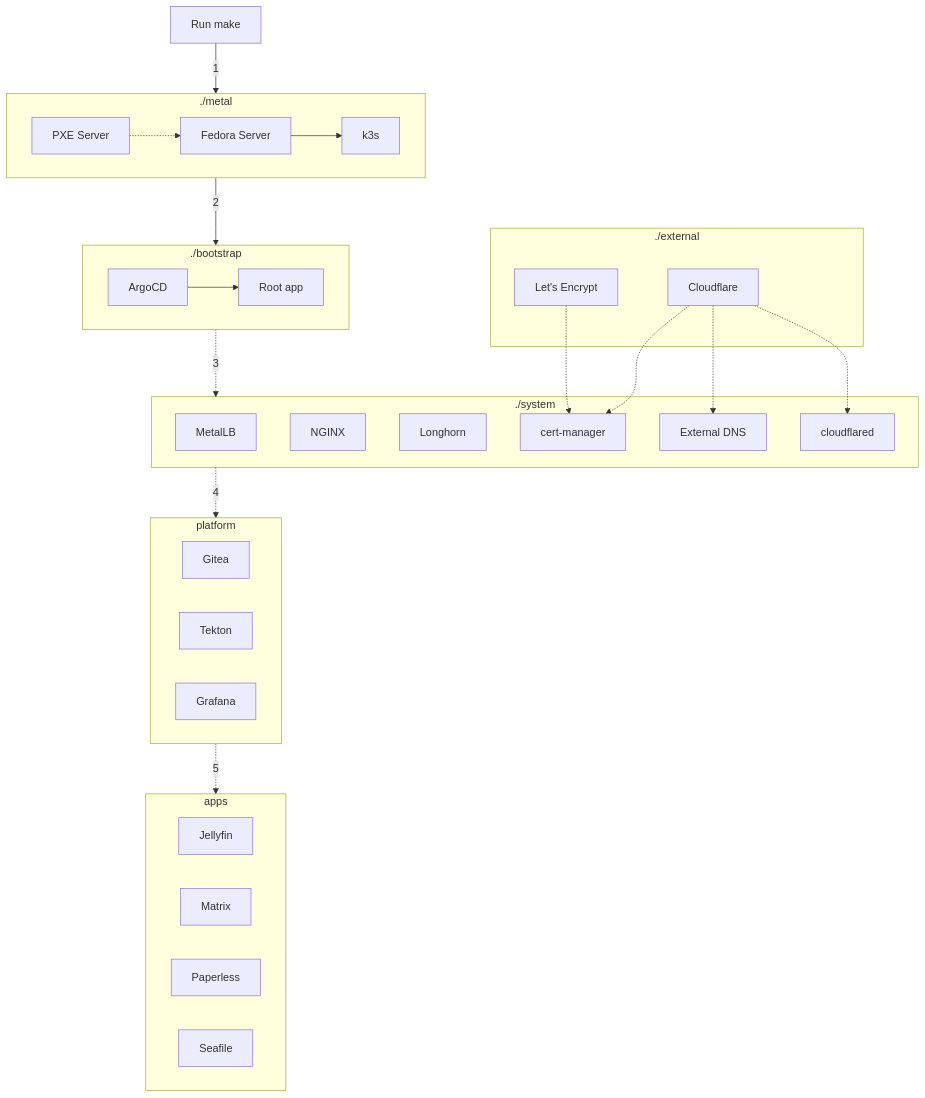
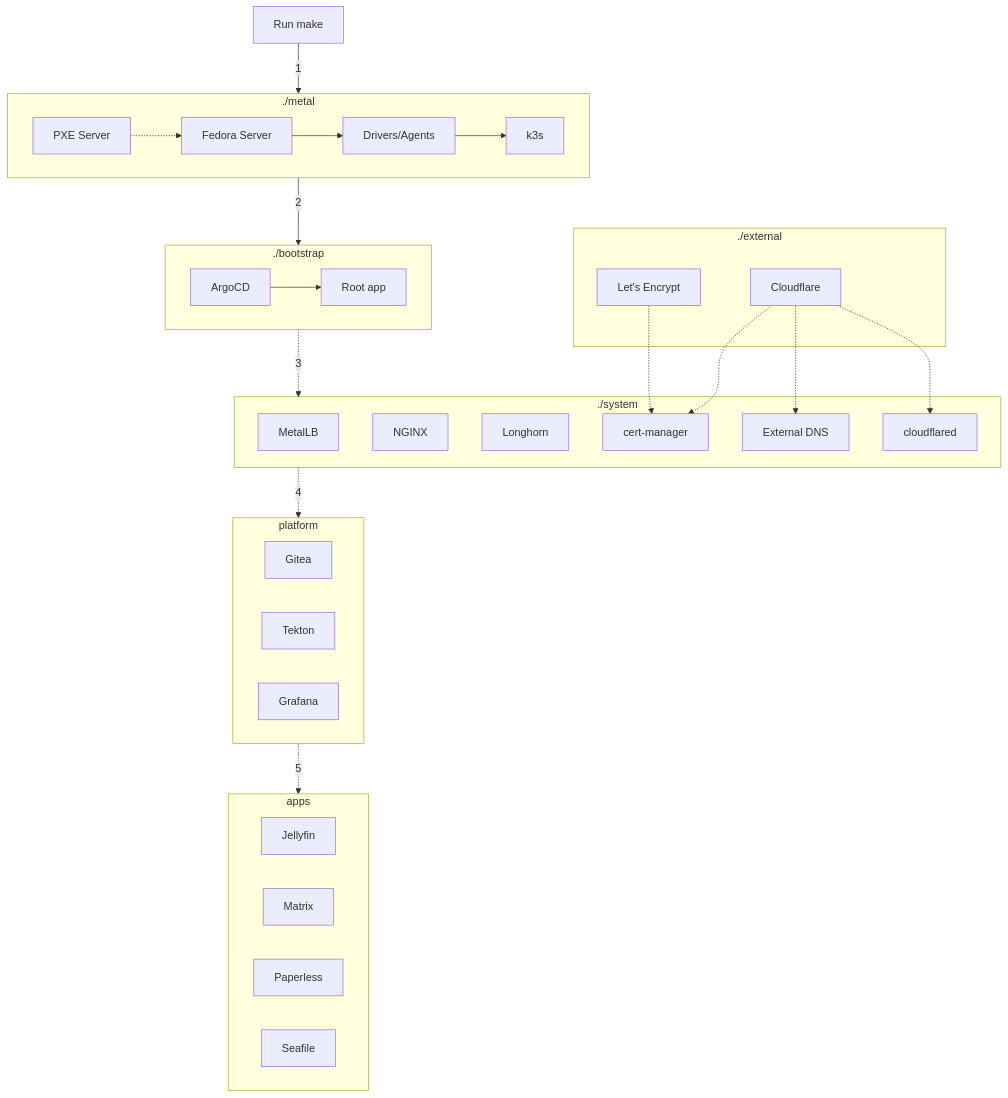
One commit to llajas/homelab changed the diagram in docs/reference/architecture/overview.md. Above: the diagram before and after it, drawn with Mermaid. The commit also changed other lines of this file, not shown here.

Commit message:
docs: Add architecture overview document describing components and provisioning flow.

````diff
--- a/docs/reference/architecture/overview.md
+++ b/docs/reference/architecture/overview.md
@@ -53,44 +55,44 @@
 ```mermaid
 flowchart TD
   subgraph metal[./metal]
-    pxe[PXE Server] -.-> linux[Fedora Server] --> k3s
+    pxe[PXE Server] -.-> linux[Fedora Server] --> drivers[Drivers/Agents] --> k3s
   end
 
   subgraph bootstrap[./bootstrap]
     argocd[ArgoCD] --> rootapp[Root app]
   end
 
   subgraph system[./system]
     metallb[MetalLB]
     nginx[NGINX]
     longhorn[Longhorn]
     cert-manager
     external-dns[External DNS]
     cloudflared
   end
 
   subgraph external[./external]
     letsencrypt[Let's Encrypt]
     cloudflare[Cloudflare]
   end
 
   letsencrypt -.-> cert-manager
   cloudflare -.-> cert-manager
   cloudflare -.-> external-dns
   cloudflare -.-> cloudflared
 
   subgraph platform
     Gitea
     Tekton
     Grafana
   end
 
   subgraph apps
     jellyfin[Jellyfin]
     matrix[Matrix]
     paperless[Paperless]
     seafile[Seafile]
   end
 
   make[Run make] -- 1 --> metal -- 2 --> bootstrap -. 3 .-> system -. 4 .-> platform -. 5 .-> apps
 ```
````
